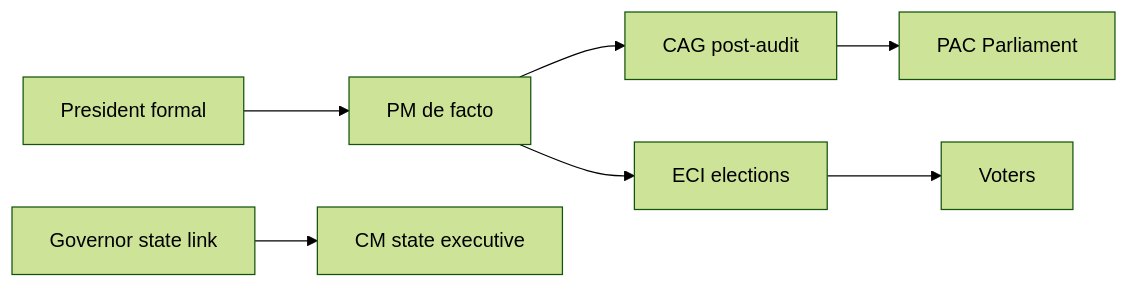
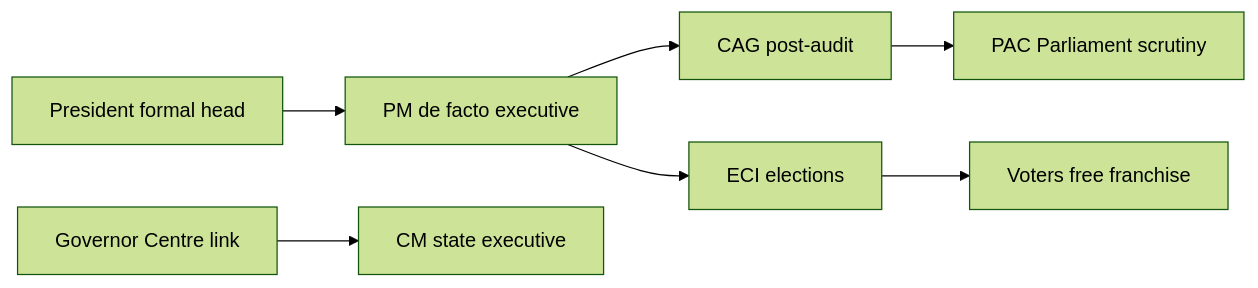
The diagram in mains-pyqs/GS-2/Polity_Constitution/09_Constitutional_Posts.md (nitishpratap/UP-PCS), drawn with Mermaid (forest theme) before and after one commit. The commit also changed other lines of this file and 97 other files, not shown here.

````diff
--- a/mains-pyqs/GS-2/Polity_Constitution/09_Constitutional_Posts.md
+++ b/mains-pyqs/GS-2/Polity_Constitution/09_Constitutional_Posts.md
@@ -210,9 +187,9 @@
 ```mermaid
 flowchart LR
-  P[President formal] --> PM[PM de facto]
+  P[President formal head] --> PM[PM de facto executive]
   PM --> CAG[CAG post-audit]
   PM --> ECI[ECI elections]
-  Gov[Governor state link] --> CM[CM state executive]
-  CAG --> PAC[PAC Parliament]
-  ECI --> V[Voters]
+  Gov[Governor Centre link] --> CM[CM state executive]
+  CAG --> PAC[PAC Parliament scrutiny]
+  ECI --> V[Voters free franchise]
 ```
````
